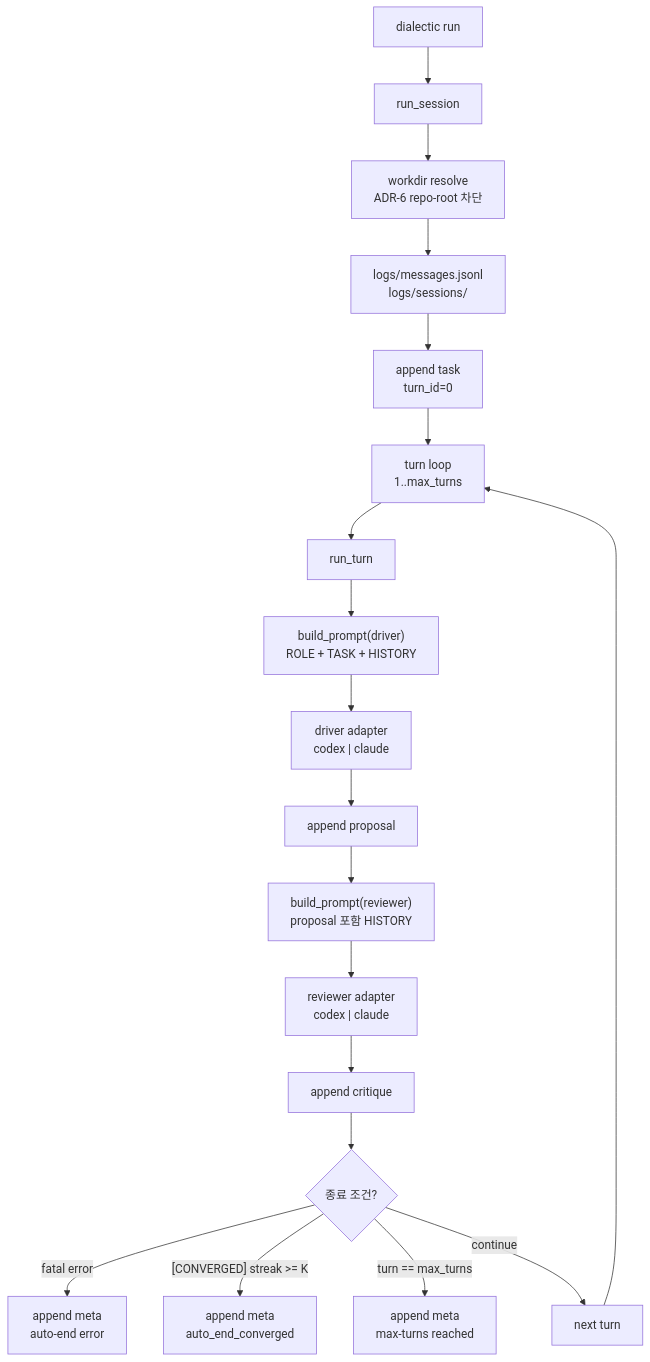
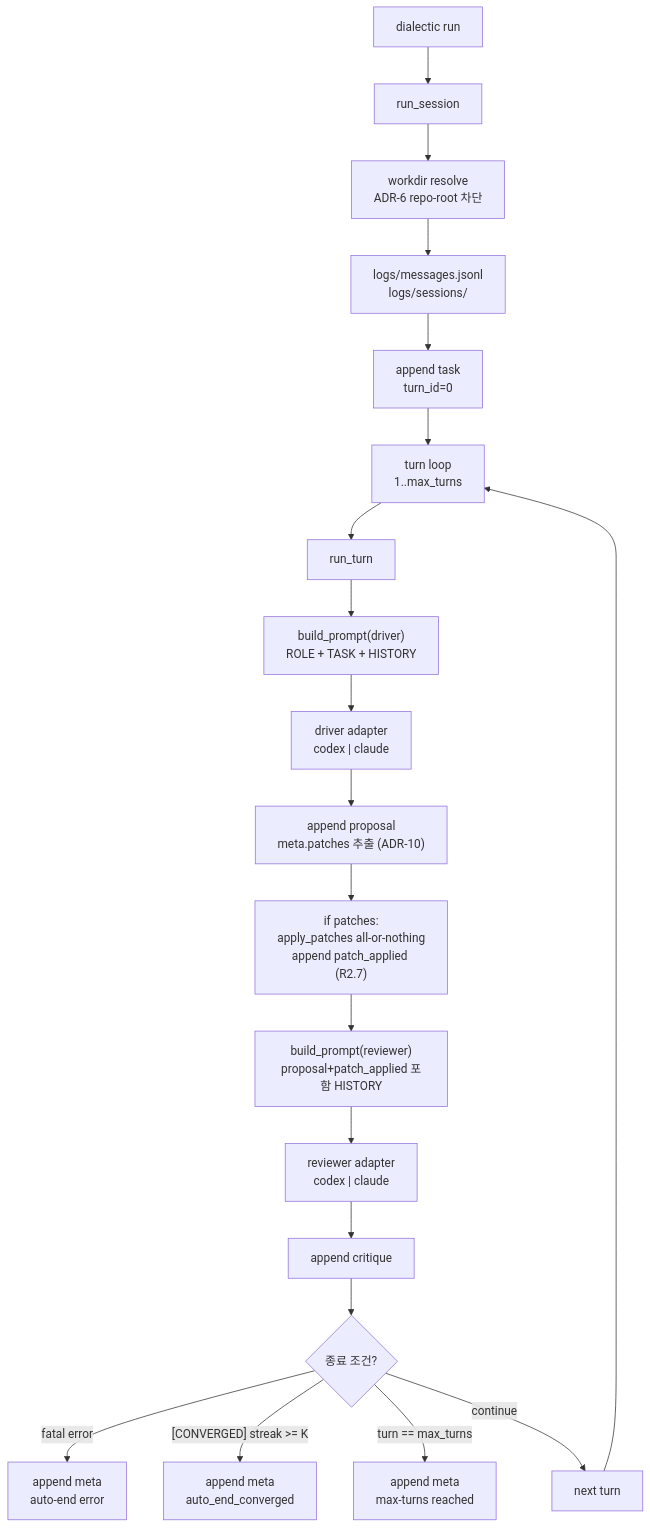
Before and after one commit to shinjw4929/Dialectic-CLI: the diagram in docs/current-implementation-flow.md, drawn with Mermaid. The commit also changed other lines of this file and 8 other files, not shown here.

First line of the commit message:
Sync systems narratives for ADR-10 patch_apply

````diff
--- a/docs/current-implementation-flow.md
+++ b/docs/current-implementation-flow.md
@@ -19,29 +19,30 @@
 ```mermaid
 flowchart TD
     CLI["dialectic run"]
     Session["run_session"]
     Guard["workdir resolve<br/>ADR-6 repo-root 차단"]
     Logs["logs/messages.jsonl<br/>logs/sessions/"]
     Task["append task<br/>turn_id=0"]
     Loop["turn loop<br/>1..max_turns"]
     Turn["run_turn"]
     DriverPrompt["build_prompt(driver)<br/>ROLE + TASK + HISTORY"]
     Driver["driver adapter<br/>codex | claude"]
-    Proposal["append proposal"]
-    ReviewerPrompt["build_prompt(reviewer)<br/>proposal 포함 HISTORY"]
+    Proposal["append proposal<br/>meta.patches 추출 (ADR-10)"]
+    PatchApply["if patches:<br/>apply_patches all-or-nothing<br/>append patch_applied (R2.7)"]
+    ReviewerPrompt["build_prompt(reviewer)<br/>proposal+patch_applied 포함 HISTORY"]
     Reviewer["reviewer adapter<br/>codex | claude"]
     Critique["append critique"]
     EndCheck{"종료 조건?"}
     Error["append meta<br/>auto-end error"]
     Converged["append meta<br/>auto_end_converged"]
     MaxTurns["append meta<br/>max-turns reached"]
     Next["next turn"]
 
     CLI --> Session --> Guard --> Logs --> Task --> Loop --> Turn
     Turn --> DriverPrompt --> Driver --> Proposal
-    Proposal --> ReviewerPrompt --> Reviewer --> Critique --> EndCheck
+    Proposal --> PatchApply --> ReviewerPrompt --> Reviewer --> Critique --> EndCheck
     EndCheck -- "fatal error" --> Error
     EndCheck -- "[CONVERGED] streak >= K" --> Converged
     EndCheck -- "turn == max_turns" --> MaxTurns
     EndCheck -- "continue" --> Next --> Loop
 ```
````
